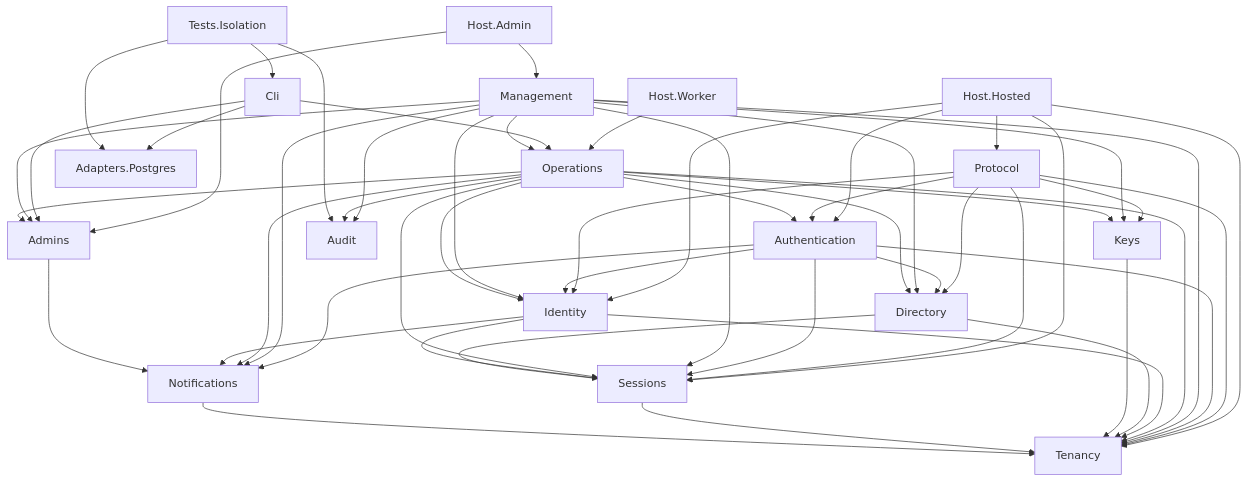
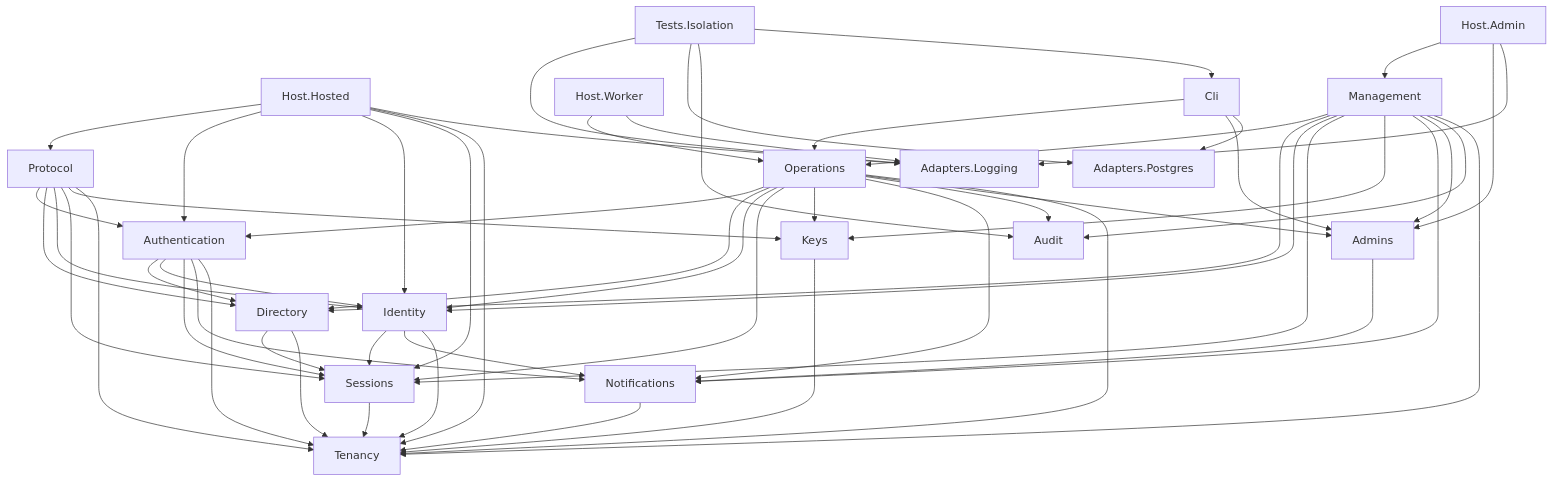
The diagram in docs/architecture/module-dependencies.md (shanilmelder/gatekeep), drawn with Mermaid before and after one commit. The commit also changed 31 other files, not shown here.

````diff
--- a/docs/architecture/module-dependencies.md
+++ b/docs/architecture/module-dependencies.md
@@ -7,73 +7,78 @@
 ```mermaid
 flowchart TD
   HostHosted[Host.Hosted]
   Protocol[Protocol]
   Authentication[Authentication]
   Identity[Identity]
   Sessions[Sessions]
   Tenancy[Tenancy]
+  AdaptersLogging[Adapters.Logging]
   HostAdmin[Host.Admin]
   Management[Management]
   Admins[Admins]
   HostWorker[Host.Worker]
   Operations[Operations]
   Cli[Cli]
   AdaptersPostgres[Adapters.Postgres]
   Directory[Directory]
   Keys[Keys]
   Notifications[Notifications]
   Audit[Audit]
   TestsIsolation[Tests.Isolation]
   HostHosted --> Protocol
   HostHosted --> Authentication
   HostHosted --> Identity
   HostHosted --> Sessions
   HostHosted --> Tenancy
+  HostHosted --> AdaptersLogging
   HostAdmin --> Management
   HostAdmin --> Admins
+  HostAdmin --> AdaptersLogging
   HostWorker --> Operations
+  HostWorker --> AdaptersLogging
   Cli --> Operations
   Cli --> Admins
   Cli --> AdaptersPostgres
   Protocol --> Authentication
   Protocol --> Directory
   Protocol --> Identity
   Protocol --> Sessions
   Protocol --> Keys
   Protocol --> Tenancy
   Authentication --> Directory
   Authentication --> Identity
   Authentication --> Sessions
   Authentication --> Notifications
   Authentication --> Tenancy
   Management --> Operations
   Management --> Directory
   Management --> Identity
   Management --> Sessions
   Management --> Keys
   Management --> Notifications
   Management --> Admins
   Management --> Audit
   Management --> Tenancy
   Operations --> Authentication
   Operations --> Directory
   Operations --> Identity
   Operations --> Sessions
   Operations --> Keys
   Operations --> Notifications
   Operations --> Audit
   Operations --> Admins
   Operations --> Tenancy
   Identity --> Sessions
   Identity --> Notifications
   Identity --> Tenancy
   Directory --> Sessions
   Directory --> Tenancy
   Keys --> Tenancy
   Sessions --> Tenancy
   Notifications --> Tenancy
   Admins --> Notifications
+  TestsIsolation --> AdaptersLogging
   TestsIsolation --> AdaptersPostgres
   TestsIsolation --> Audit
   TestsIsolation --> Cli
 ```
````
